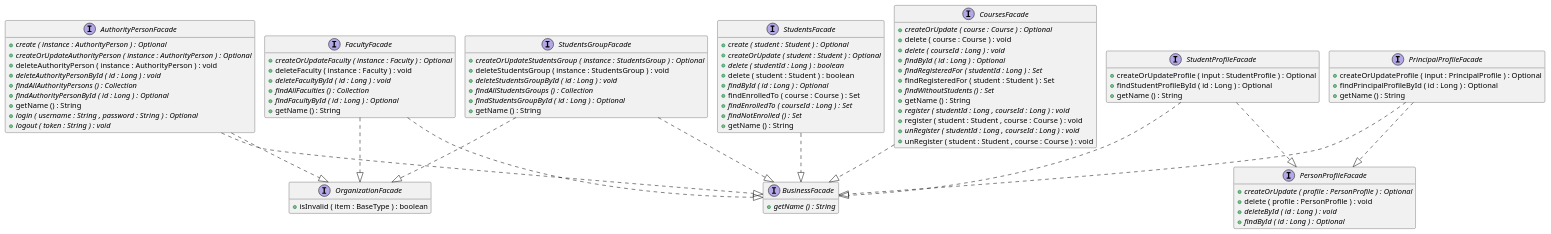
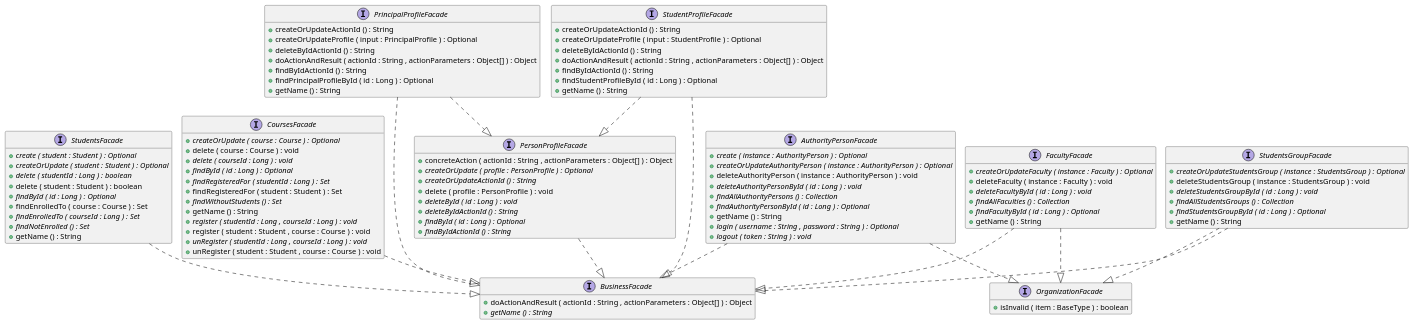
Before and after one commit to OlegSopilnyak/school-demo: the diagram in micro-core/documentation/puml/class-diagrams/BusinessLogicFacades.puml, drawn with PlantUML. The commit also changed 53 other files, not shown here.

```diff
--- a/micro-core/documentation/puml/class-diagrams/BusinessLogicFacades.puml
+++ b/micro-core/documentation/puml/class-diagrams/BusinessLogicFacades.puml
@@ -3,115 +3,137 @@
 @startuml
 !pragma layout smetana
 
 interface AuthorityPersonFacade {
 	{method}  {abstract} +create ( instance : AuthorityPerson ) : Optional
 	{method}  {abstract} +createOrUpdateAuthorityPerson ( instance : AuthorityPerson ) : Optional
 	{method} +deleteAuthorityPerson ( instance : AuthorityPerson ) : void
 	{method}  {abstract} +deleteAuthorityPersonById ( id : Long ) : void
 	{method}  {abstract} +findAllAuthorityPersons () : Collection
 	{method}  {abstract} +findAuthorityPersonById ( id : Long ) : Optional
 	{method} +getName () : String
 	{method}  {abstract} +login ( username : String , password : String ) : Optional
 	{method}  {abstract} +logout ( token : String ) : void
 }
 
 
 interface BusinessFacade {
+	{method} +doActionAndResult ( actionId : String , actionParameters : Object[] ) : Object
 	{method}  {abstract} +getName () : String
 }
 
 
 interface CoursesFacade {
 	{method}  {abstract} +createOrUpdate ( course : Course ) : Optional
 	{method} +delete ( course : Course ) : void
 	{method}  {abstract} +delete ( courseId : Long ) : void
 	{method}  {abstract} +findById ( id : Long ) : Optional
 	{method}  {abstract} +findRegisteredFor ( studentId : Long ) : Set
 	{method} +findRegisteredFor ( student : Student ) : Set
 	{method}  {abstract} +findWithoutStudents () : Set
 	{method} +getName () : String
 	{method}  {abstract} +register ( studentId : Long , courseId : Long ) : void
 	{method} +register ( student : Student , course : Course ) : void
 	{method}  {abstract} +unRegister ( studentId : Long , courseId : Long ) : void
 	{method} +unRegister ( student : Student , course : Course ) : void
 }
 
 
 interface FacultyFacade {
 	{method}  {abstract} +createOrUpdateFaculty ( instance : Faculty ) : Optional
 	{method} +deleteFaculty ( instance : Faculty ) : void
 	{method}  {abstract} +deleteFacultyById ( id : Long ) : void
 	{method}  {abstract} +findAllFaculties () : Collection
 	{method}  {abstract} +findFacultyById ( id : Long ) : Optional
 	{method} +getName () : String
 }
 
 
 interface OrganizationFacade {
 	{method} +isInvalid ( item : BaseType ) : boolean
 }
 
 
 interface PersonProfileFacade {
+	{method} +concreteAction ( actionId : String , actionParameters : Object[] ) : Object
 	{method}  {abstract} +createOrUpdate ( profile : PersonProfile ) : Optional
+	{method}  {abstract} +createOrUpdateActionId () : String
 	{method} +delete ( profile : PersonProfile ) : void
 	{method}  {abstract} +deleteById ( id : Long ) : void
+	{method}  {abstract} +deleteByIdActionId () : String
 	{method}  {abstract} +findById ( id : Long ) : Optional
+	{method}  {abstract} +findByIdActionId () : String
 }
 
 
 interface PrincipalProfileFacade {
+	{field} {static} +CREATE_OR_UPDATE : String
+	{field} {static} +DELETE_BY_ID : String
+	{field} {static} +FIND_BY_ID : String
+	{field} {static} +PREFIX : String
+	{method} +createOrUpdateActionId () : String
 	{method} +createOrUpdateProfile ( input : PrincipalProfile ) : Optional
+	{method} +deleteByIdActionId () : String
+	{method} +doActionAndResult ( actionId : String , actionParameters : Object[] ) : Object
+	{method} +findByIdActionId () : String
 	{method} +findPrincipalProfileById ( id : Long ) : Optional
 	{method} +getName () : String
 }
 
 
 interface StudentProfileFacade {
+	{field} {static} +CREATE_OR_UPDATE : String
+	{field} {static} +DELETE_BY_ID : String
+	{field} {static} +FIND_BY_ID : String
+	{field} {static} +PREFIX : String
+	{method} +createOrUpdateActionId () : String
 	{method} +createOrUpdateProfile ( input : StudentProfile ) : Optional
+	{method} +deleteByIdActionId () : String
+	{method} +doActionAndResult ( actionId : String , actionParameters : Object[] ) : Object
+	{method} +findByIdActionId () : String
 	{method} +findStudentProfileById ( id : Long ) : Optional
 	{method} +getName () : String
 }
 
 
 interface StudentsFacade {
 	{method}  {abstract} +create ( student : Student ) : Optional
 	{method}  {abstract} +createOrUpdate ( student : Student ) : Optional
 	{method}  {abstract} +delete ( studentId : Long ) : boolean
 	{method} +delete ( student : Student ) : boolean
 	{method}  {abstract} +findById ( id : Long ) : Optional
 	{method} +findEnrolledTo ( course : Course ) : Set
 	{method}  {abstract} +findEnrolledTo ( courseId : Long ) : Set
 	{method}  {abstract} +findNotEnrolled () : Set
 	{method} +getName () : String
 }
 
 
 interface StudentsGroupFacade {
 	{method}  {abstract} +createOrUpdateStudentsGroup ( instance : StudentsGroup ) : Optional
 	{method} +deleteStudentsGroup ( instance : StudentsGroup ) : void
 	{method}  {abstract} +deleteStudentsGroupById ( id : Long ) : void
 	{method}  {abstract} +findAllStudentsGroups () : Collection
 	{method}  {abstract} +findStudentsGroupById ( id : Long ) : Optional
 	{method} +getName () : String
 }
 
 
 
 
 AuthorityPersonFacade ..|>  BusinessFacade
 AuthorityPersonFacade ..|>  OrganizationFacade
 CoursesFacade ..|>  BusinessFacade
 FacultyFacade ..|>  BusinessFacade
 FacultyFacade ..|>  OrganizationFacade
+PersonProfileFacade ..|>  BusinessFacade
 PrincipalProfileFacade ..|>  BusinessFacade
 PrincipalProfileFacade ..|>  PersonProfileFacade
 StudentProfileFacade ..|>  BusinessFacade
 StudentProfileFacade ..|>  PersonProfileFacade
 StudentsFacade ..|>  BusinessFacade
 StudentsGroupFacade ..|>  BusinessFacade
 StudentsGroupFacade ..|>  OrganizationFacade
 
 hide fields
 
 @enduml
```
